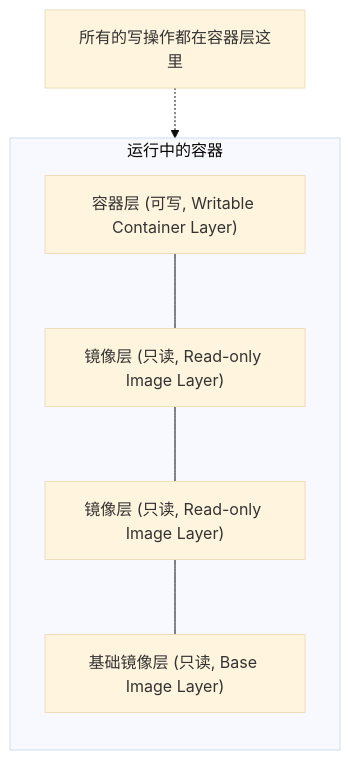
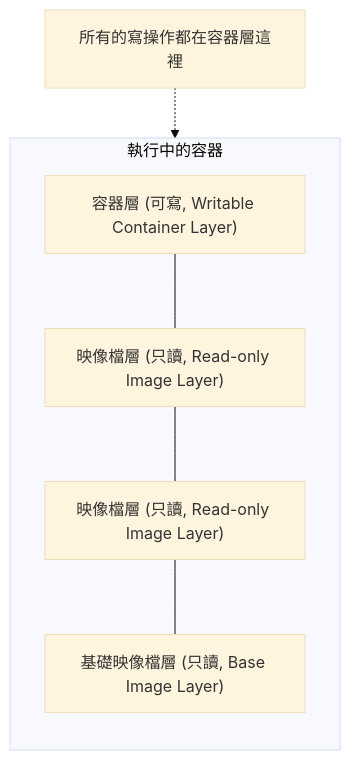
Before and after one commit to alexkuoecity/docker-practice-master-zh-tw: the diagram in 04_image/4.7_internal.md, drawn with Mermaid (base theme). The commit also changed other lines of this file and 200 other files, not shown here.

````diff
--- a/04_image/4.7_internal.md
+++ b/04_image/4.7_internal.md
@@ -28,13 +28,13 @@
 ```mermaid
 flowchart TD
-    subgraph Container ["运行中的容器"]
+    subgraph Container ["執行中的容器"]
         direction TB
-        L4["容器层 (可写, Writable Container Layer)"]
-        L3["镜像层 (只读, Read-only Image Layer)"]
-        L2["镜像层 (只读, Read-only Image Layer)"]
-        L1["基础镜像层 (只读, Base Image Layer)"]
+        L4["容器層 (可寫, Writable Container Layer)"]
+        L3["映像檔層 (只讀, Read-only Image Layer)"]
+        L2["映像檔層 (只讀, Read-only Image Layer)"]
+        L1["基礎映像檔層 (只讀, Base Image Layer)"]
 
         L4 --- L3 --- L2 --- L1
     end
-    Note["所有的写操作都在容器层这里"] -.-> L4
+    Note["所有的寫操作都在容器層這裡"] -.-> L4
 ```
````
